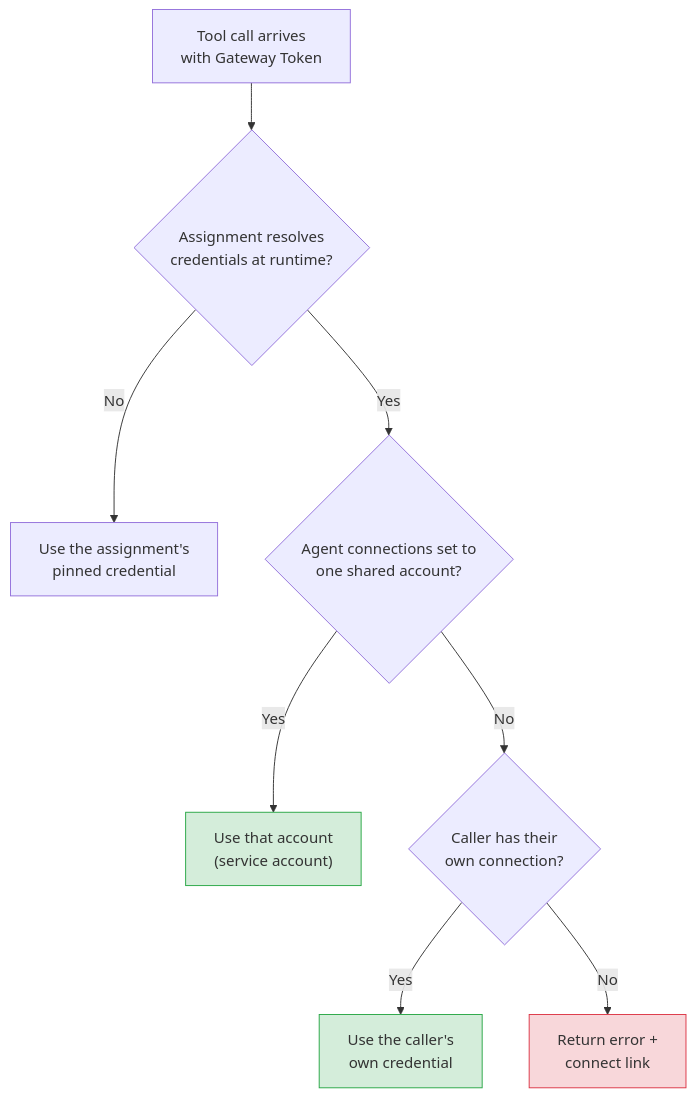
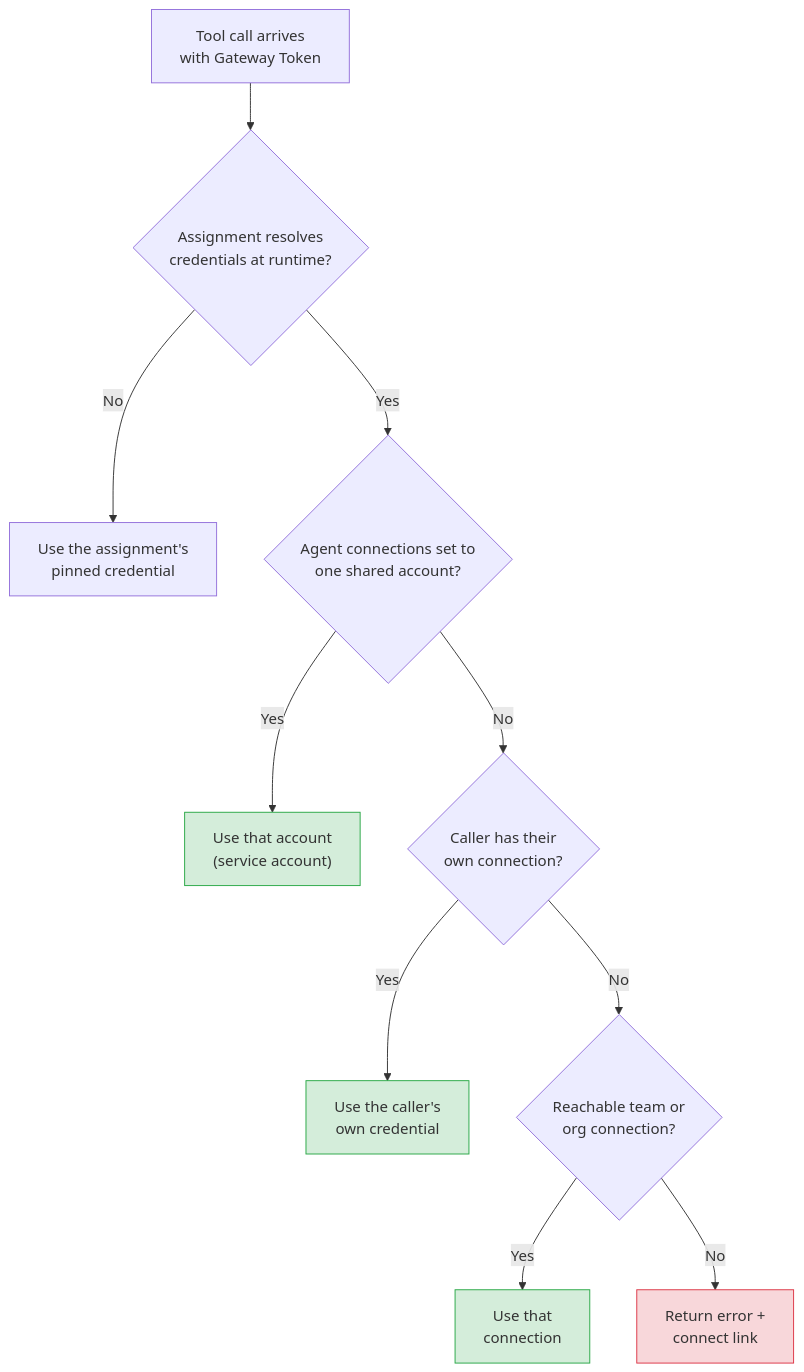
The diagram in docs/pages/mcp-authentication.md (archestra-ai/archestra), drawn with Mermaid before and after one commit. The commit also changed other lines of this file and 3 other files, not shown here.

````diff
--- a/docs/pages/mcp-authentication.md
+++ b/docs/pages/mcp-authentication.md
@@ -193,14 +193,17 @@
 ```mermaid
 flowchart TD
     A["Tool call arrives<br/>with Gateway Token"] --> B{Assignment resolves<br/>credentials at runtime?}
     B -- No --> C["Use the assignment's<br/>pinned credential"]
     B -- Yes --> P{Agent connections set to<br/>one shared account?}
     P -- Yes --> S["Use that account<br/>(service account)"]
     P -- No --> D{Caller has their<br/>own connection?}
     D -- Yes --> E["Use the caller's<br/>own credential"]
-    D -- No --> J["Return error +<br/>connect link"]
+    D -- No --> F{Reachable team or<br/>org connection?}
+    F -- Yes --> G["Use that<br/>connection"]
+    F -- No --> J["Return error +<br/>connect link"]
 
     style S fill:#d4edda,stroke:#28a745
     style E fill:#d4edda,stroke:#28a745
+    style G fill:#d4edda,stroke:#28a745
     style J fill:#f8d7da,stroke:#dc3545
 ```
````
